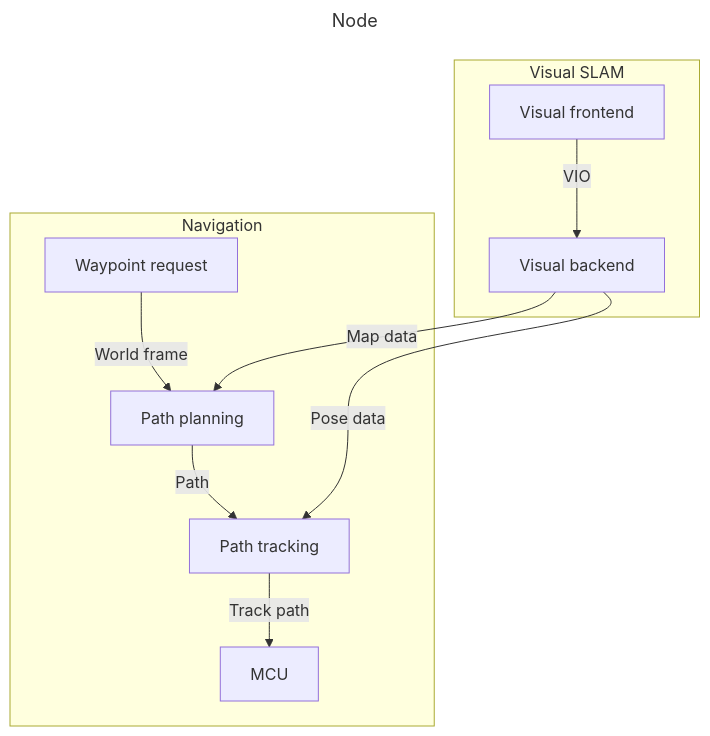
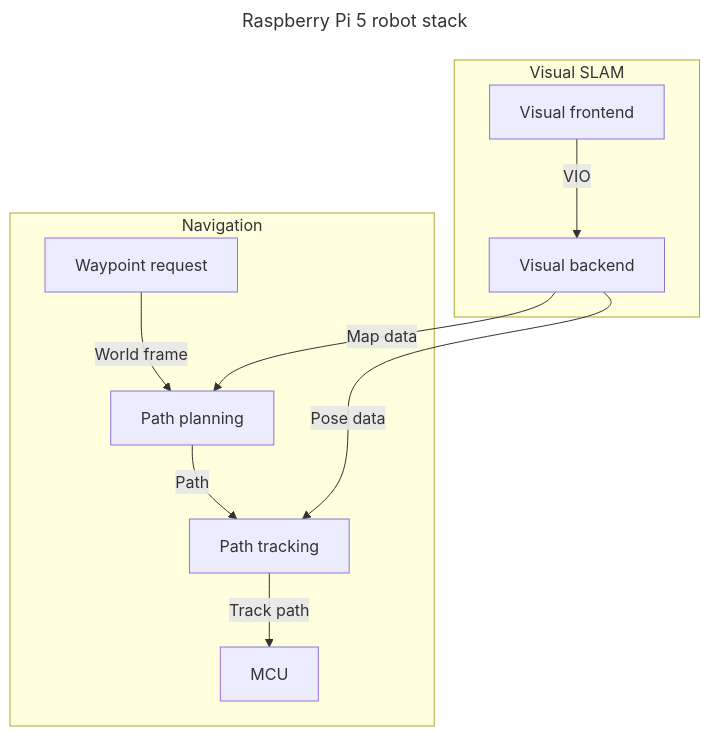
The third of 4 diagrams in README.md (carmor1337/Robert-Diffrential-drive-robot), drawn with Mermaid before and after one commit. The commit also changed other lines of this file, not shown here.

````diff
--- a/README.md
+++ b/README.md
@@ -168,24 +150,24 @@
 ```mermaid
 ---
-title: Node
+title: Raspberry Pi 5 robot stack
 ---
 flowchart TD
     subgraph Navigation
         Waypoint["Waypoint request"]
         PP["Path planning"]
         PT["Path tracking"]
         MCU["MCU"]
     end
 
     subgraph Visual SLAM
         Frontend["Visual frontend"]
         Backend["Visual backend"]
     end
 
     Waypoint --World frame-->PP-- Path--> PT --Track path--> MCU
     Frontend --  VIO --> Backend
 
     Backend -- Map data-->PP
     Backend -- Pose data-->PT
 
 ```
````
